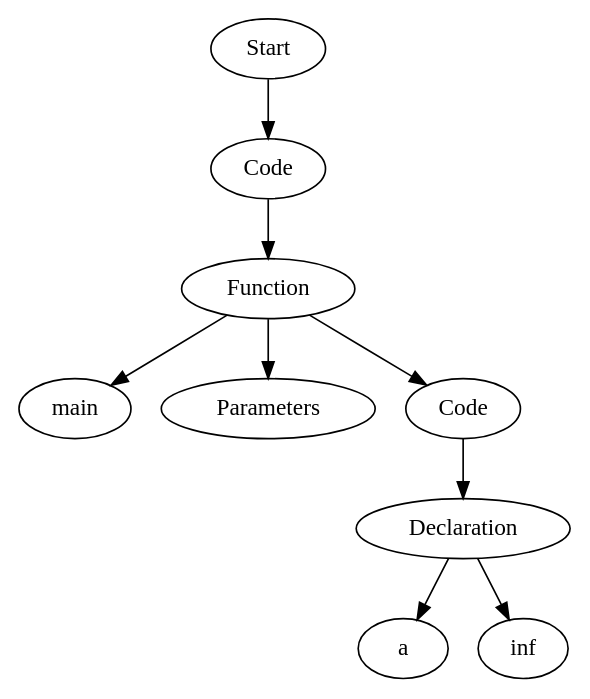
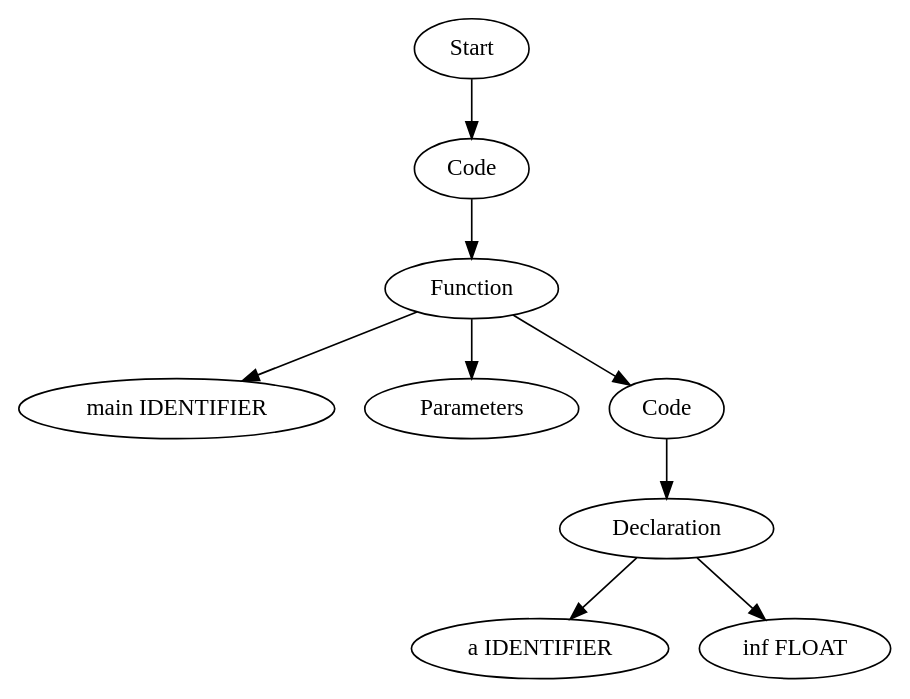
The diagram in TestCases/ASTTests/ConstantFoldingTests/CreateTests/read_file_after.dot (Are-you-listening/Compilers), drawn with Graphviz before and after one commit. The commit also changed 50 other files, not shown here.

```diff
--- a/TestCases/ASTTests/ConstantFoldingTests/CreateTests/read_file_after.dot
+++ b/TestCases/ASTTests/ConstantFoldingTests/CreateTests/read_file_after.dot
@@ -1,19 +1,19 @@
 digraph AST {
-  "125489017343328" [label="Start"];
-  "125489017343328" -> "125489017344480";
-  "125489017344480" [label="Code"];
-  "125489017344480" -> "125489017346400";
-  "125489017346400" [label="Function"];
-  "125489017346400" -> "125489017346208";
-  "125489017346400" -> "125489017346256";
-  "125489017346400" -> "125489017346448";
-  "125489017346208" [label="main"];
-  "125489017346256" [label="Parameters"];
-  "125489017346448" [label="Code"];
-  "125489017346448" -> "125489017346112";
-  "125489017346112" [label="Declaration"];
-  "125489017346112" -> "125489017345920";
-  "125489017346112" -> "125489017345968";
-  "125489017345920" [label="a"];
-  "125489017345968" [label="inf"];
+  "135872803400400" [label="Start"];
+  "135872803400400" -> "135872803398336";
+  "135872803398336" [label="Code"];
+  "135872803398336" -> "135872803396800";
+  "135872803396800" [label="Function"];
+  "135872803396800" -> "135872803398000";
+  "135872803396800" -> "135872803397712";
+  "135872803396800" -> "135872803397856";
+  "135872803398000" [label="main IDENTIFIER"];
+  "135872803397712" [label="Parameters"];
+  "135872803397856" [label="Code"];
+  "135872803397856" -> "135872803391520";
+  "135872803391520" [label="Declaration"];
+  "135872803391520" -> "135872803397808";
+  "135872803391520" -> "135872803399536";
+  "135872803397808" [label="a IDENTIFIER"];
+  "135872803399536" [label="inf FLOAT"];
 }
```
